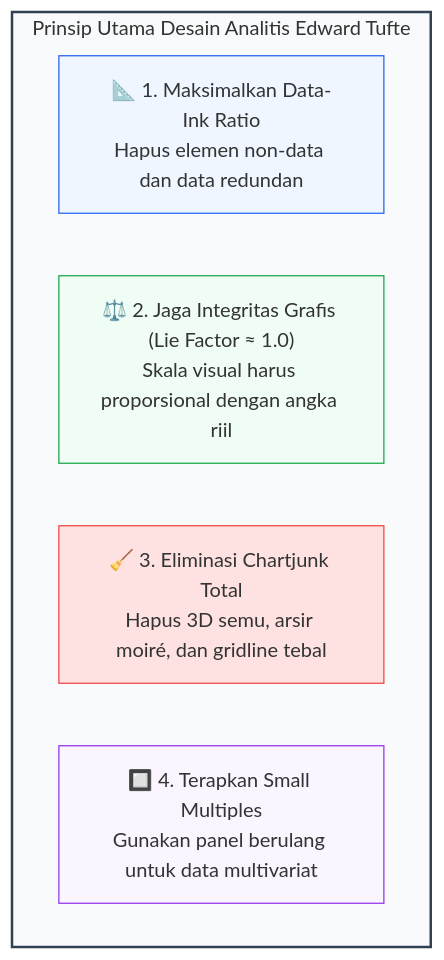
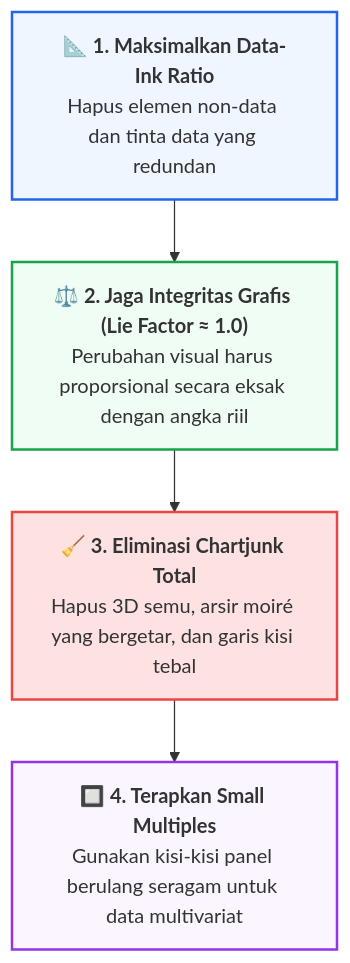
The first of 3 diagrams in docs/visualisasi-data/03-prinsip-tufte-munzner.md (mahendaruui/Perkuliahan), drawn with Mermaid before and after one commit. The commit also changed other lines of this file and 15 other files, not shown here.

Commit message:
refactor: update and standardize mermaid diagrams across all documentation modules

````diff
--- a/docs/visualisasi-data/03-prinsip-tufte-munzner.md
+++ b/docs/visualisasi-data/03-prinsip-tufte-munzner.md
@@ -17,15 +17,12 @@
 ```mermaid
 flowchart TD
-    subgraph Tufte["Prinsip Utama Desain Analitis Edward Tufte"]
-        T1["📐 1. Maksimalkan Data-Ink Ratio<br>Hapus elemen non-data dan data redundan"]
-        T2["⚖️ 2. Jaga Integritas Grafis (Lie Factor ≈ 1.0)<br>Skala visual harus proporsional dengan angka riil"]
-        T3["🧹 3. Eliminasi Chartjunk Total<br>Hapus 3D semu, arsir moiré, dan gridline tebal"]
-        T4["🔲 4. Terapkan Small Multiples<br>Gunakan panel berulang untuk data multivariat"]
-    end
+    T1["📐 <b>1. Maksimalkan Data-Ink Ratio</b><br>Hapus elemen non-data dan tinta data yang redundan"]
+    --> T2["⚖️ <b>2. Jaga Integritas Grafis (Lie Factor ≈ 1.0)</b><br>Perubahan visual harus proporsional secara eksak dengan angka riil"]
+    --> T3["🧹 <b>3. Eliminasi Chartjunk Total</b><br>Hapus 3D semu, arsir moiré yang bergetar, dan garis kisi tebal"]
+    --> T4["🔲 <b>4. Terapkan Small Multiples</b><br>Gunakan kisi-kisi panel berulang seragam untuk data multivariat"]
 
-    style Tufte fill:#f8fafc,stroke:#334155,stroke-width:2px
-    style T1 fill:#eff6ff,stroke:#2563eb,stroke-width:1px
-    style T2 fill:#f0fdf4,stroke:#16a34a,stroke-width:1px
-    style T3 fill:#fee2e2,stroke:#ef4444,stroke-width:1px
-    style T4 fill:#faf5ff,stroke:#9333ea,stroke-width:1px
+    style T1 fill:#eff6ff,stroke:#2563eb,stroke-width:2px
+    style T2 fill:#f0fdf4,stroke:#16a34a,stroke-width:2px
+    style T3 fill:#fee2e2,stroke:#ef4444,stroke-width:2px
+    style T4 fill:#faf5ff,stroke:#9333ea,stroke-width:2px
 ```
````
